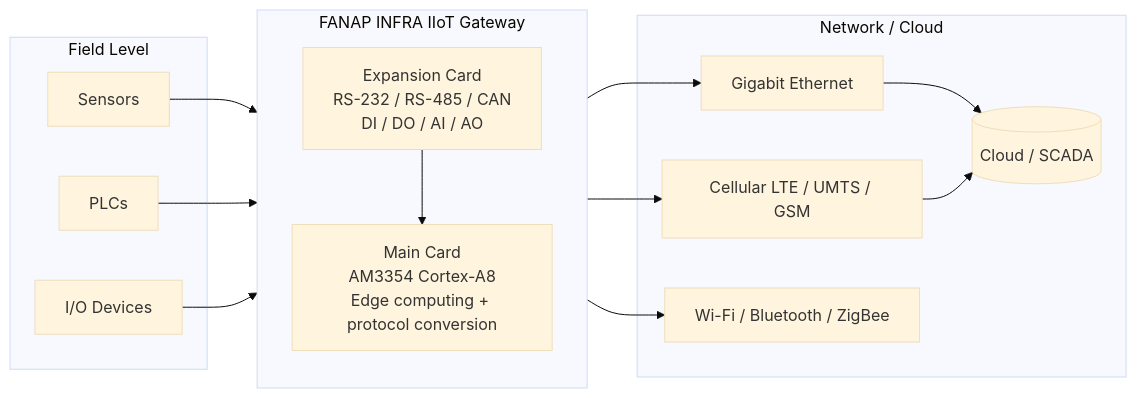
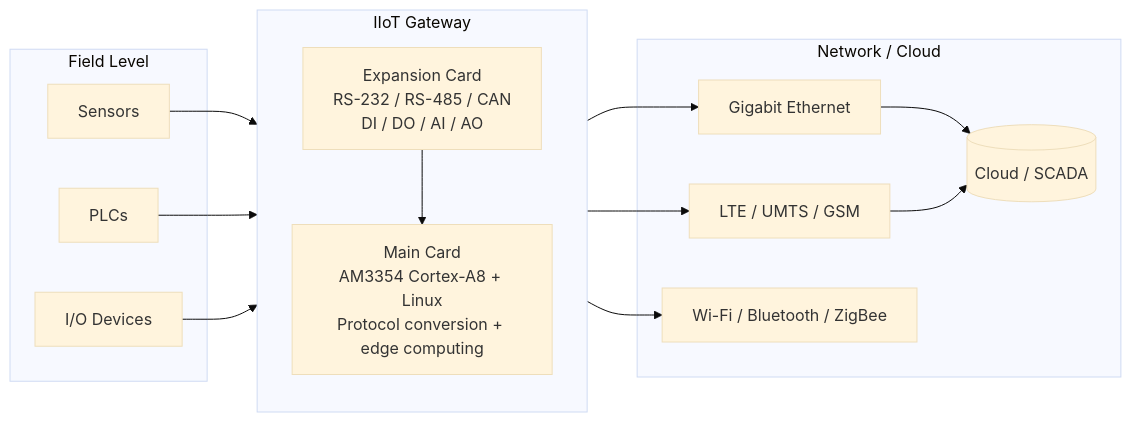
Before and after one commit to PATEmbedded/Gateway: the diagram in README.md, drawn with Mermaid (base theme). The commit also changed other lines of this file, not shown here.

````diff
--- a/README.md
+++ b/README.md
@@ -64,29 +117,29 @@
 ```mermaid
 flowchart LR
     subgraph Field["Field Level"]
         S[Sensors]
         P[PLCs]
         IO[I/O Devices]
     end
 
-    subgraph GW["FANAP INFRA IIoT Gateway"]
+    subgraph GW["IIoT Gateway"]
         direction TB
         EC["Expansion Card<br/>RS-232 / RS-485 / CAN<br/>DI / DO / AI / AO"]
-        MC["Main Card<br/>AM3354 Cortex-A8<br/>Edge computing + protocol conversion"]
+        MC["Main Card<br/>AM3354 Cortex-A8 + Linux<br/>Protocol conversion + edge computing"]
         EC --> MC
     end
 
     subgraph Up["Network / Cloud"]
         ETH[Gigabit Ethernet]
-        CELL[Cellular LTE / UMTS / GSM]
-        WIFI[Wi-Fi / Bluetooth / ZigBee]
+        CELL[LTE / UMTS / GSM]
+        WL[Wi-Fi / Bluetooth / ZigBee]
         CLOUD[(Cloud / SCADA)]
     end
 
     S --> EC
     P --> EC
     IO --> EC
     MC --> ETH --> CLOUD
     MC --> CELL --> CLOUD
-    MC --> WIFI
+    MC --> WL
 ```
````
